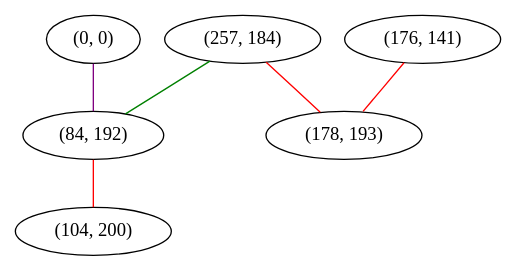
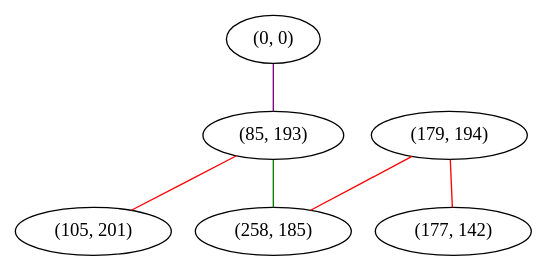
Before and after one commit to FelixMcFelix/sip-for-cv-paper: the diagram in graphviz/dejavu-sans/G-up.gv, drawn with Graphviz. The commit also changed 555006 other files, not shown here.

```diff
--- a/graphviz/dejavu-sans/G-up.gv
+++ b/graphviz/dejavu-sans/G-up.gv
@@ -1,13 +1,13 @@
 graph "" {
-"(257, 184)";
 "(0, 0)";
-"(84, 192)";
-"(104, 200)";
-"(176, 141)";
-"(178, 193)";
-"(257, 184)" -- "(178, 193)"  [color=red, key=0, weight=1];
-"(257, 184)" -- "(84, 192)"  [color=green, key=0, weight=2];
-"(0, 0)" -- "(84, 192)"  [color=purple, key=0, weight=4];
-"(84, 192)" -- "(104, 200)"  [color=red, key=0, weight=1];
-"(176, 141)" -- "(178, 193)"  [color=red, key=0, weight=1];
+"(85, 193)";
+"(105, 201)";
+"(179, 194)";
+"(258, 185)";
+"(177, 142)";
+"(0, 0)" -- "(85, 193)"  [color=purple, key=0, weight=4];
+"(85, 193)" -- "(105, 201)"  [color=red, key=0, weight=1];
+"(85, 193)" -- "(258, 185)"  [color=green, key=0, weight=2];
+"(179, 194)" -- "(177, 142)"  [color=red, key=0, weight=1];
+"(179, 194)" -- "(258, 185)"  [color=red, key=0, weight=1];
 }
```
